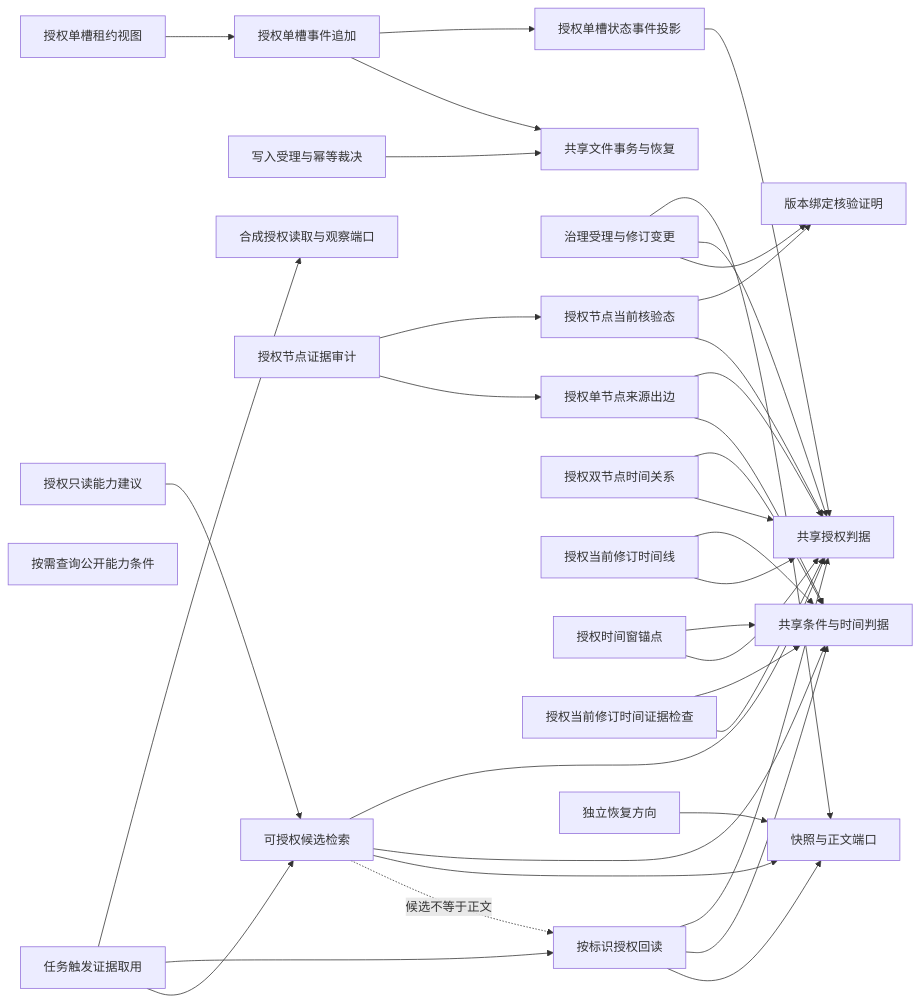
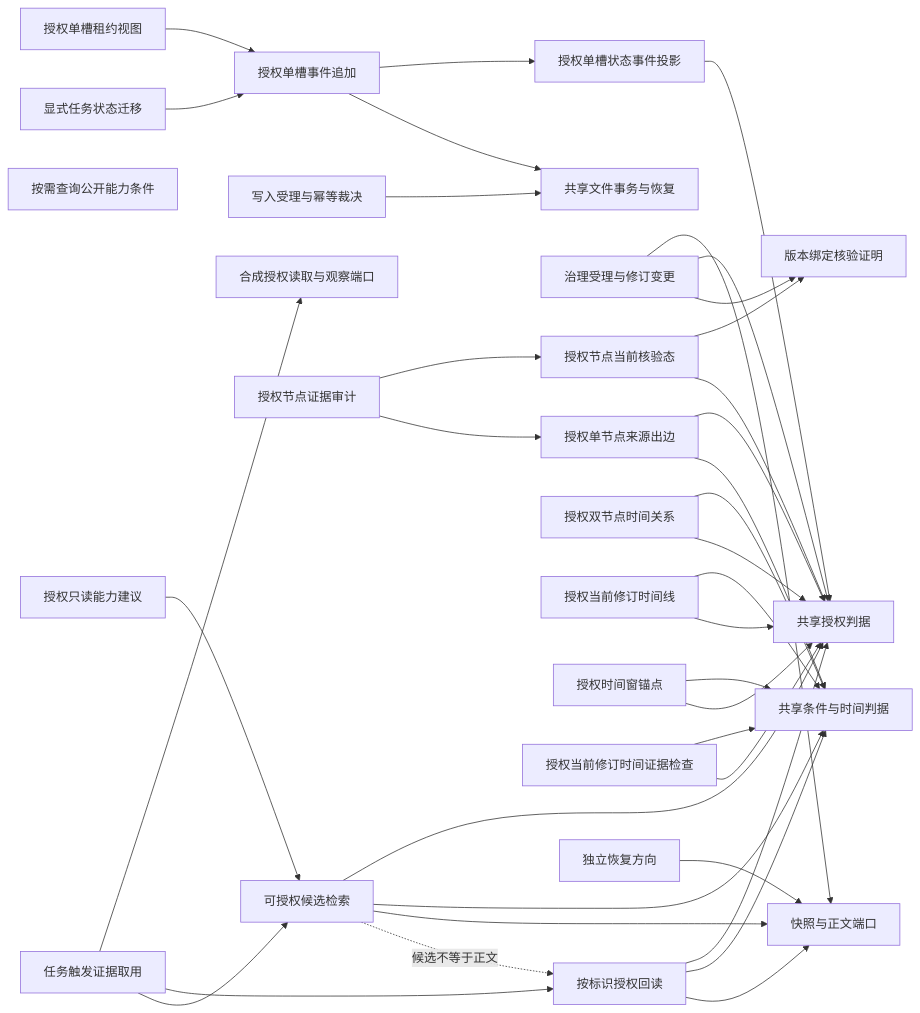
Before and after one commit to FuRongJun-1999/dsh-lingshu-memory: the diagram in docs/CAPABILITY_GRAPH.md, drawn with Mermaid. The commit also changed other lines of this file and 12 other files, not shown here.

```diff
--- a/docs/CAPABILITY_GRAPH.md
+++ b/docs/CAPABILITY_GRAPH.md
@@ -5,38 +5,39 @@
 ~~~mermaid
 graph LR
   G[按标识授权回读] --> A[共享授权判据]
   G --> T[共享条件与时间判据]
   G --> S[快照与正文端口]
   Q[可授权候选检索] --> A
   Q --> T
   Q --> S
   Q -. 候选不等于正文 .-> G
   W[写入受理与幂等裁决] --> X[共享文件事务与恢复]
   R[治理受理与修订变更] --> S
   R --> A
   R --> V[版本绑定核验证明]
   K[授权节点当前核验态] --> V
   K --> A
   E[授权单节点来源出边] --> A
   E --> T
   Z[授权双节点时间关系] --> T
   Z --> A
   L[授权当前修订时间线] --> T
   L --> A
   WN[授权时间窗锚点] --> T
   WN --> A
   TC[授权当前修订时间证据检查] --> T
   TC --> A
   SC[授权单槽状态事件投影] --> A
   SE[授权单槽事件追加] --> SC
   SE --> X
   SL[授权单槽租约视图] --> SE
   EA[授权节点证据审计] --> K
   EA --> E
   RH[授权只读能力建议] --> Q
   HH[按需查询公开能力条件]
+  TP[显式任务状态迁移] --> SE
   P[独立恢复方向] --> S
   C[任务触发证据取用] --> O[合成授权读取与观察端口]
   C --> G
   C --> Q
 ~~~
```
